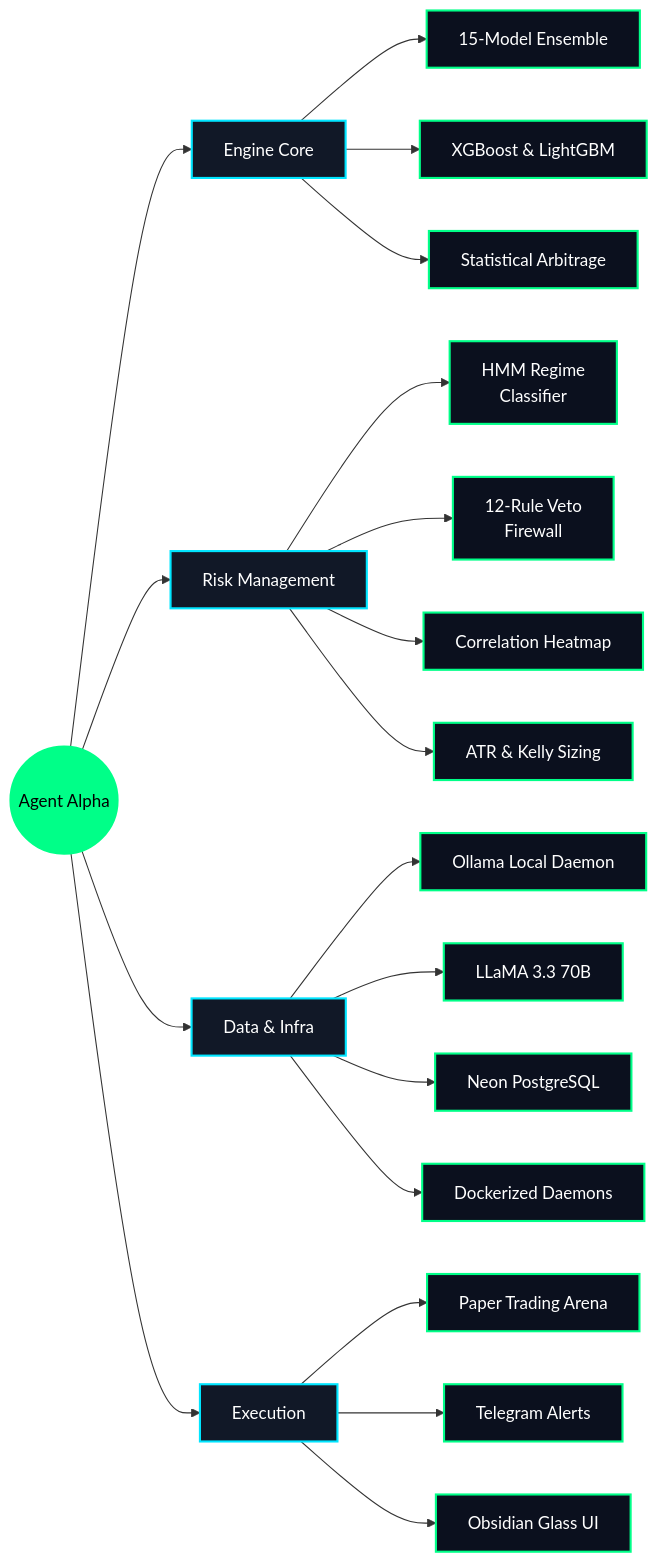
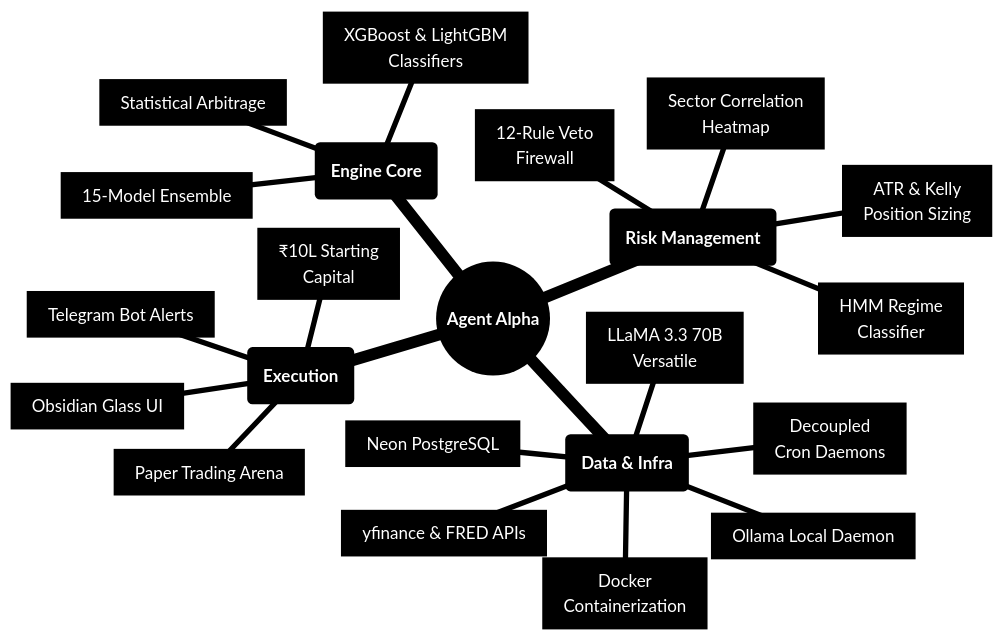
The first of 5 diagrams in README.md (SaiSiddharthBS/MarketAnalyser), drawn with Mermaid before and after one commit. The commit also changed other lines of this file, not shown here.

Commit message:
docs: Restore mindmap with UI colors and use markdown strings across all diagrams to eliminate GitHub text clipping

````diff
--- a/README.md
+++ b/README.md
@@ -98,31 +98,26 @@
 ```mermaid
-graph LR
-    Root(("Agent Alpha")) --> Core["Engine Core"]
-    Root --> Risk["Risk Management"]
-    Root --> Infra["Data & Infra"]
-    Root --> Exec["Execution"]
-
-    Core --> C1["15-Model Ensemble"]
-    Core --> C2["XGBoost & LightGBM"]
-    Core --> C3["Statistical Arbitrage"]
-
-    Risk --> R1["HMM Regime<br/>Classifier"]
-    Risk --> R2["12-Rule Veto<br/>Firewall"]
-    Risk --> R3["Correlation Heatmap"]
-    Risk --> R4["ATR & Kelly Sizing"]
-
-    Infra --> I1["Ollama Local Daemon"]
-    Infra --> I2["LLaMA 3.3 70B"]
-    Infra --> I3["Neon PostgreSQL"]
-    Infra --> I4["Dockerized Daemons"]
-
-    Exec --> E1["Paper Trading Arena"]
-    Exec --> E2["Telegram Alerts"]
-    Exec --> E3["Obsidian Glass UI"]
-
-    classDef default fill:#0b101e,stroke:#00ff88,stroke-width:2px,color:#ffffff;
-    classDef root fill:#00ff88,stroke:#00ff88,stroke-width:2px,color:#000000;
-    classDef cat fill:#111827,stroke:#00e5ff,stroke-width:2px,color:#ffffff;
-    class Root root;
-    class Core,Risk,Infra,Exec cat;
+%%{init: {'theme': 'base', 'themeVariables': { 'primaryColor': '#0b101e', 'primaryTextColor': '#ffffff', 'primaryBorderColor': '#00ff88', 'lineColor': '#00e5ff', 'secondaryColor': '#111827', 'tertiaryColor': '#111827'}}}%%
+mindmap
+  root(("`**Agent Alpha**`"))
+    ("`**Engine Core**`")
+      ["`15-Model Ensemble`"]
+      ["`XGBoost & LightGBM<br/>Classifiers`"]
+      ["`Statistical Arbitrage`"]
+    ("`**Risk Management**`")
+      ["`HMM Regime<br/>Classifier`"]
+      ["`12-Rule Veto<br/>Firewall`"]
+      ["`Sector Correlation<br/>Heatmap`"]
+      ["`ATR & Kelly<br/>Position Sizing`"]
+    ("`**Data & Infra**`")
+      ["`Ollama Local Daemon`"]
+      ["`LLaMA 3.3 70B<br/>Versatile`"]
+      ["`yfinance & FRED APIs`"]
+      ["`Neon PostgreSQL`"]
+      ["`Docker<br/>Containerization`"]
+      ["`Decoupled<br/>Cron Daemons`"]
+    ("`**Execution**`")
+      ["`Paper Trading Arena`"]
+      ["`₹10L Starting<br/>Capital`"]
+      ["`Telegram Bot Alerts`"]
+      ["`Obsidian Glass UI`"]
 ```
````
